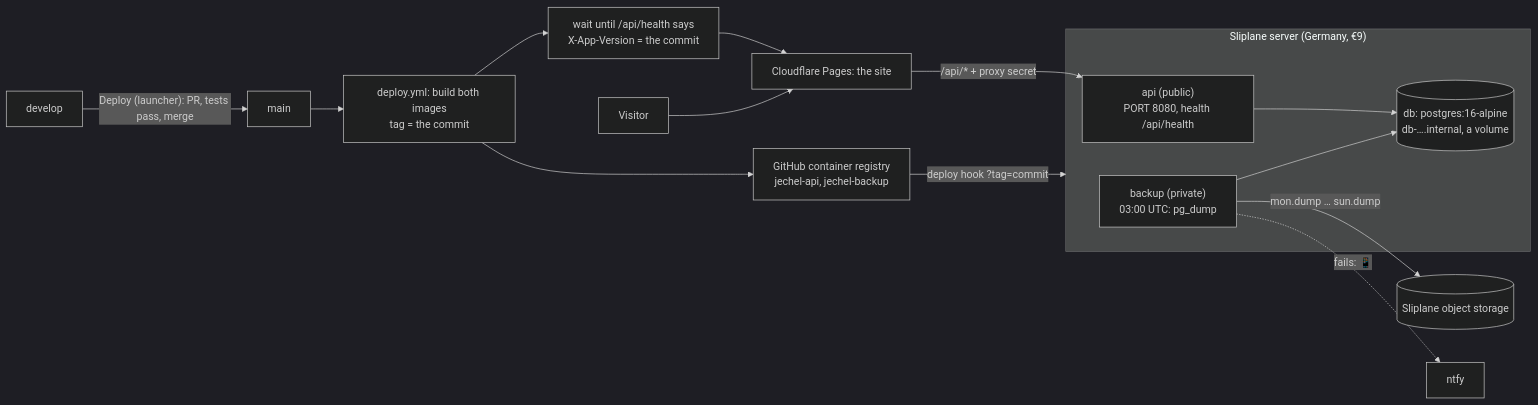
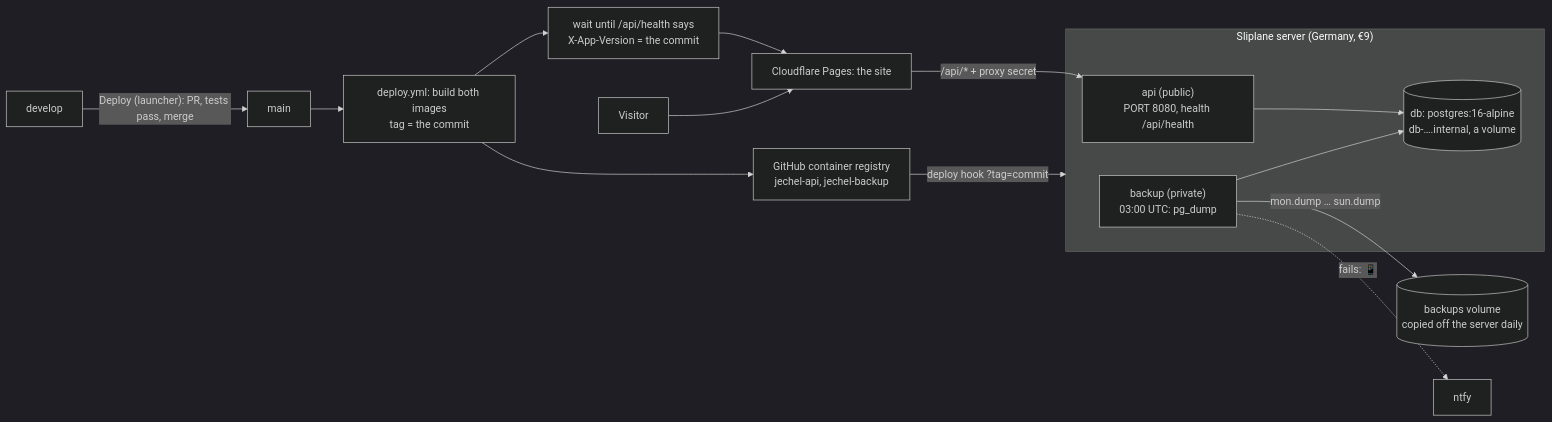
Before and after one commit to ClaoMike/jechel.dev.2026: the fifth of 5 diagrams in README.md, drawn with Mermaid (dark theme). The commit also changed other lines of this file and 3 other files, not shown here.

Commit message:
Backups go to a volume on the server by default (BACKUP_DIR), which Sliplane copies off daily: no €5 object storage needed; the backup runs as root to write to a fresh volume; tried end to end

````diff
--- a/README.md
+++ b/README.md
@@ -1404,15 +1404,15 @@
 ```mermaid
 flowchart LR
   dev["develop"] -- "Deploy (launcher): PR, tests pass, merge" --> main["main"]
   main --> images["deploy.yml: build both images<br/>tag = the commit"]
   images --> ghcr["GitHub container registry<br/>jechel-api, jechel-backup"]
   ghcr -- "deploy hook ?tag=commit" --> sliplane
   subgraph sliplane["Sliplane server (Germany, €9)"]
     api["api (public)<br/>PORT 8080, health /api/health"] --> db[("db: postgres:16-alpine<br/>db-….internal, a volume")]
     backup["backup (private)<br/>03:00 UTC: pg_dump"] --> db
   end
-  backup -- "mon.dump … sun.dump" --> s3[("Sliplane object storage")]
+  backup -- "mon.dump … sun.dump" --> vol[("backups volume<br/>copied off the server daily")]
   backup -. "fails: 📱" .-> ntfy["ntfy"]
   images --> wait["wait until /api/health says<br/>X-App-Version = the commit"] --> pages["Cloudflare Pages: the site"]
   visitor["Visitor"] --> pages -- "/api/* + proxy secret" --> api
 ```
````
